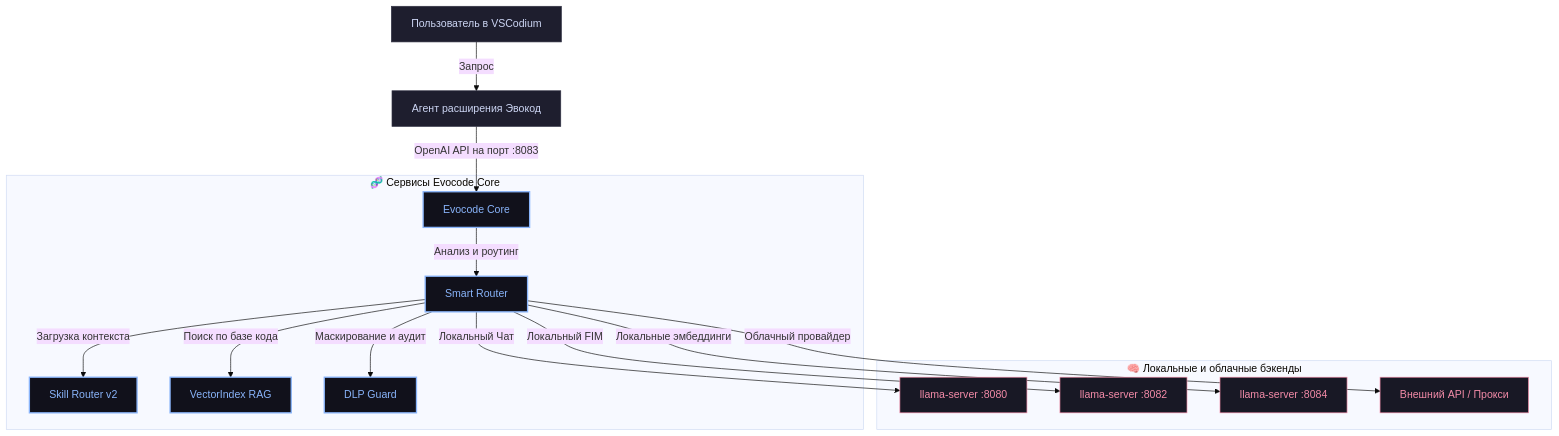
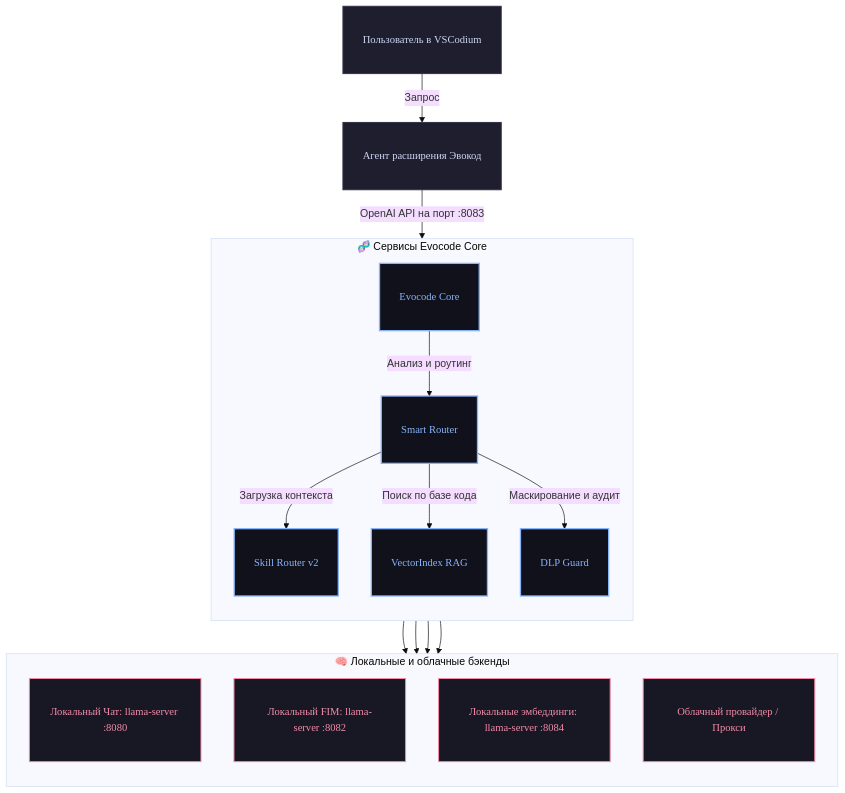
The diagram in README.md (Bezooom/Evocode), drawn with Mermaid (base theme) before and after one commit.

Commit message:
docs: optimize README.md architecture diagram layout to stack backends vertically

````diff
--- a/README.md
+++ b/README.md
@@ -33,29 +33,36 @@
 ```mermaid
 flowchart TD
     accTitle: Evocode System Architecture & Data Flow
-    accDescr: High-level overview of Evocode's request processing pipeline, routing local completions to llama-server or cloud completions through DLP Guard.
+    accDescr: High-level overview of Evocode's request processing pipeline with vertically stacked components for better readability.
+
+    classDef default font-size:16px,font-family:'JetBrains Mono',monospace,stroke-width:1.5px,padding:8px,fill:#1e1e2e,stroke:#313244,color:#cdd6f4;
+    classDef highlight fill:#11111b,stroke:#89b4fa,stroke-width:2px,color:#89b4fa;
+    classDef backend fill:#181825,stroke:#f38ba8,color:#f38ba8;
 
     user[Пользователь в VSCodium] -->|Запрос| ext[Агент расширения Эвокод]
     ext -->|OpenAI API на порт :8083| core[Evocode Core]
 
     subgraph CoreComponents["🧬 Сервисы Evocode Core"]
+        direction TB
         core -->|Анализ и роутинг| router[Smart Router]
         router -->|Загрузка контекста| skills[Skill Router v2]
         router -->|Поиск по базе кода| rag[VectorIndex RAG]
         router -->|Маскирование и аудит| dlp[DLP Guard]
     end
 
     subgraph Backends["🧠 Локальные и облачные бэкенды"]
-        router -->|Локальный Чат| llama_chat[llama-server :8080]
-        router -->|Локальный FIM| llama_fim[llama-server :8082]
-        router -->|Локальные эмбеддинги| llama_embed[llama-server :8084]
-        router -->|Облачный провайдер| cloud[Внешний API / Прокси]
+        direction TB
+        llama_chat[Локальный Чат: llama-server :8080]
+        llama_fim[Локальный FIM: llama-server :8082]
+        llama_embed[Локальные эмбеддинги: llama-server :8084]
+        cloud[Облачный провайдер / Прокси]
     end
 
-    classDef default fill:#1e1e2e,stroke:#313244,color:#cdd6f4;
-    classDef highlight fill:#11111b,stroke:#89b4fa,stroke-width:2px,color:#89b4fa;
-    classDef backend fill:#181825,stroke:#f38ba8,color:#f38ba8;
+    router --> llama_chat
+    router --> llama_fim
+    router --> llama_embed
+    dlp --> cloud
 
     class core,router,skills,rag,dlp highlight;
     class llama_chat,llama_fim,llama_embed,cloud backend;
 ```
````
